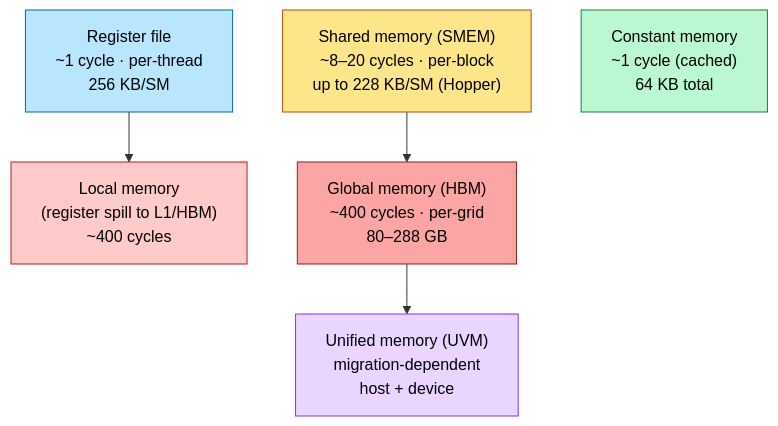
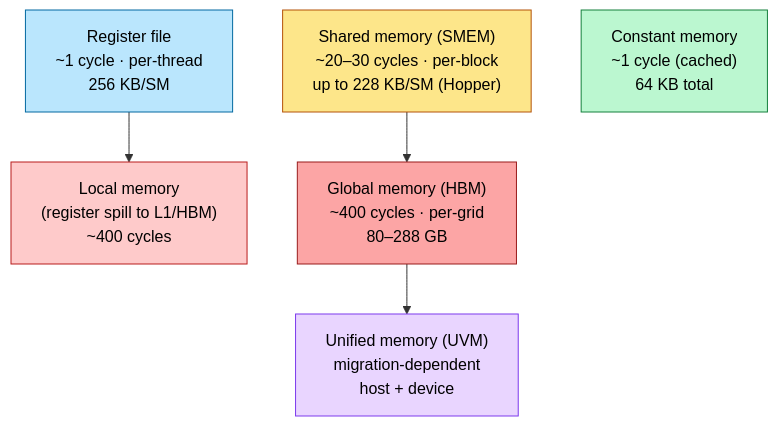
Before and after one commit to Wty2003328/ai_infra_intro: the second of 4 diagrams in ai_infra/L5_Kernels_and_Programming/CUDA_Programming.md, drawn with Mermaid. The commit also changed other lines of this file and 62 other files, not shown here.

````diff
--- a/ai_infra/L5_Kernels_and_Programming/CUDA_Programming.md
+++ b/ai_infra/L5_Kernels_and_Programming/CUDA_Programming.md
@@ -117,20 +118,20 @@
 ```mermaid
 flowchart TD
     RF["Register file<br/>~1 cycle · per-thread<br/>256 KB/SM"]:::rf
     LM["Local memory<br/>(register spill to L1/HBM)<br/>~400 cycles"]:::lm
-    SM["Shared memory (SMEM)<br/>~8–20 cycles · per-block<br/>up to 228 KB/SM (Hopper)"]:::sm
+    SM["Shared memory (SMEM)<br/>~20–30 cycles · per-block<br/>up to 228 KB/SM (Hopper)"]:::sm
     CM["Constant memory<br/>~1 cycle (cached)<br/>64 KB total"]:::cm
     GM["Global memory (HBM)<br/>~400 cycles · per-grid<br/>80–288 GB"]:::gm
     UM["Unified memory (UVM)<br/>migration-dependent<br/>host + device"]:::um
 
     RF --> LM
     SM --> GM
     GM --> UM
 
     classDef rf fill:#bae6fd,stroke:#0369a1,color:#000
     classDef lm fill:#fecaca,stroke:#b91c1c,color:#000
     classDef sm fill:#fde68a,stroke:#b45309,color:#000
     classDef cm fill:#bbf7d0,stroke:#15803d,color:#000
     classDef gm fill:#fca5a5,stroke:#991b1b,color:#000
     classDef um fill:#e9d5ff,stroke:#7c3aed,color:#000
 ```
````
